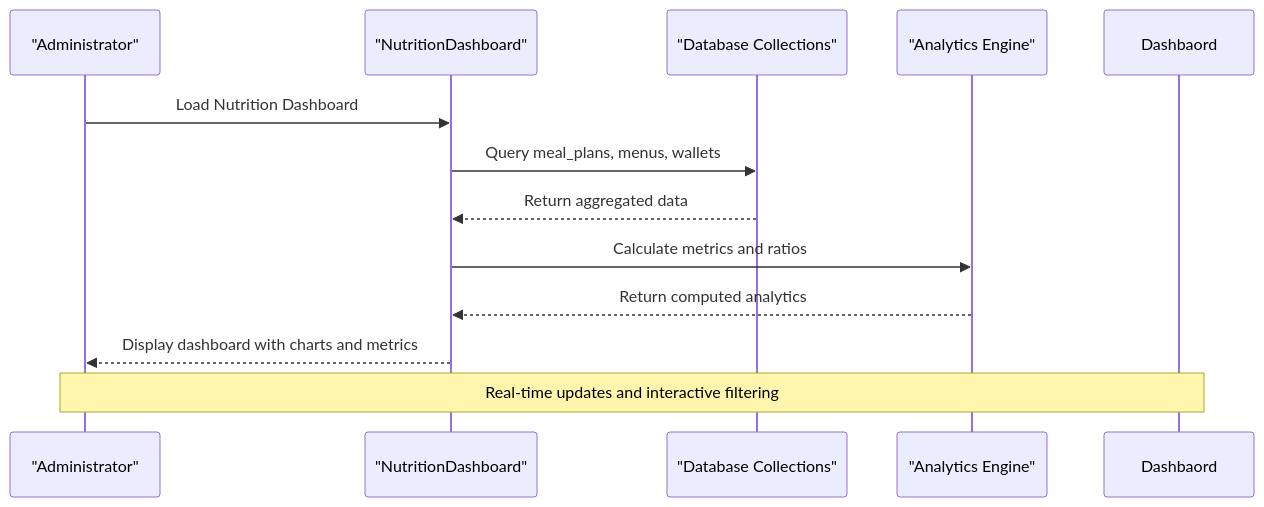
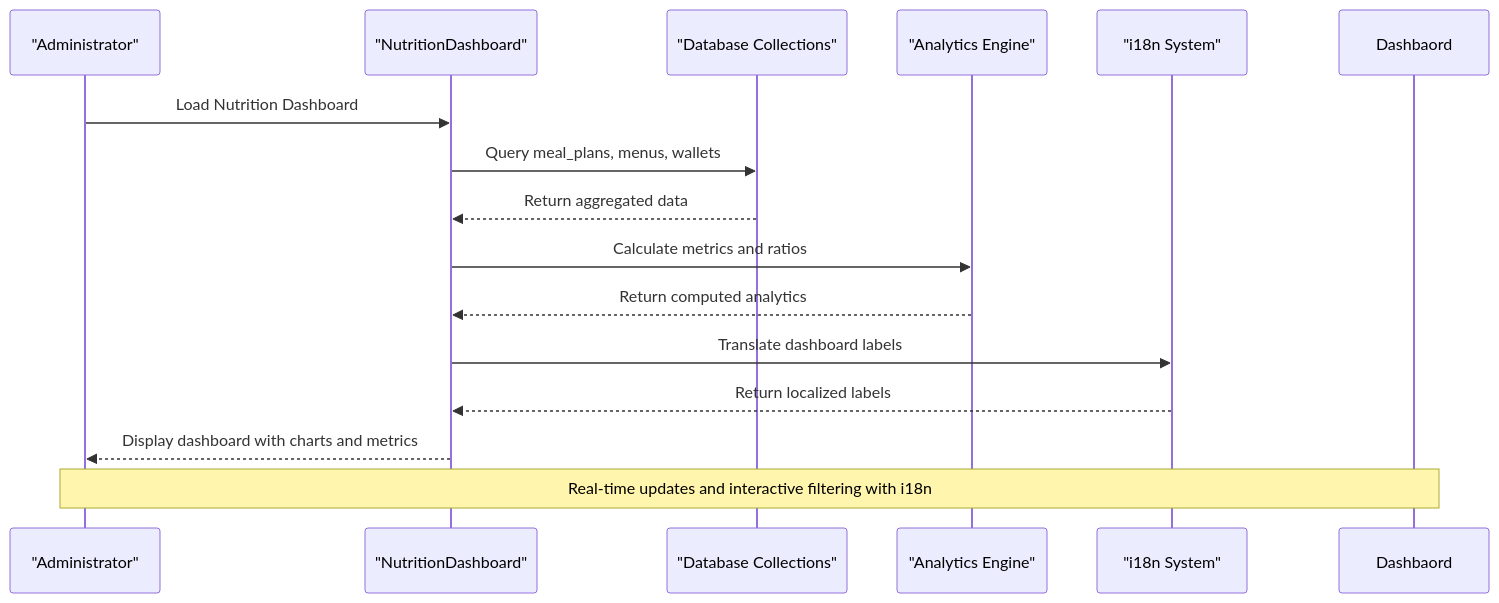
One commit to geniusdynamics/schoolpilot changed diagram 11 of 11 in .qoder/repowiki/en/content/Modules System/Nutrition Module.md. Above: the diagram before and after it, drawn with Mermaid. The commit also changed other lines of this file and 16 other files, not shown here.

````diff
--- a/.qoder/repowiki/en/content/Modules System/Nutrition Module.md
+++ b/.qoder/repowiki/en/content/Modules System/Nutrition Module.md
@@ -508,14 +589,17 @@
 ```mermaid
 sequenceDiagram
 participant User as "Administrator"
 participant Dashboard as "NutritionDashboard"
 participant Data as "Database Collections"
 participant Analytics as "Analytics Engine"
+participant I18n as "i18n System"
 User->>Dashboard : Load Nutrition Dashboard
 Dashboard->>Data : Query meal_plans, menus, wallets
 Data-->>Dashboard : Return aggregated data
 Dashboard->>Analytics : Calculate metrics and ratios
 Analytics-->>Dashboard : Return computed analytics
+Dashboard->>I18n : Translate dashboard labels
+I18n-->>Dashboard : Return localized labels
 Dashboard-->>User : Display dashboard with charts and metrics
-Note over User,Dashbaord : Real-time updates and interactive filtering
+Note over User,Dashbaord : Real-time updates and interactive filtering with i18n
 ```
````
